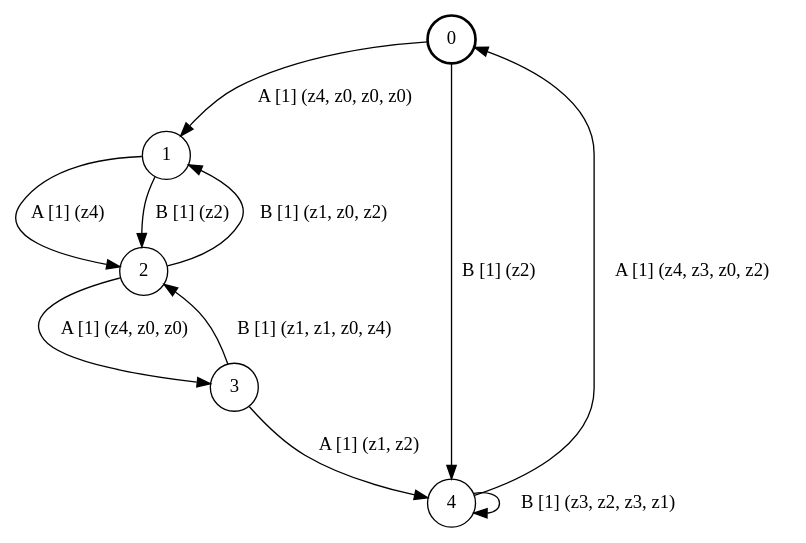
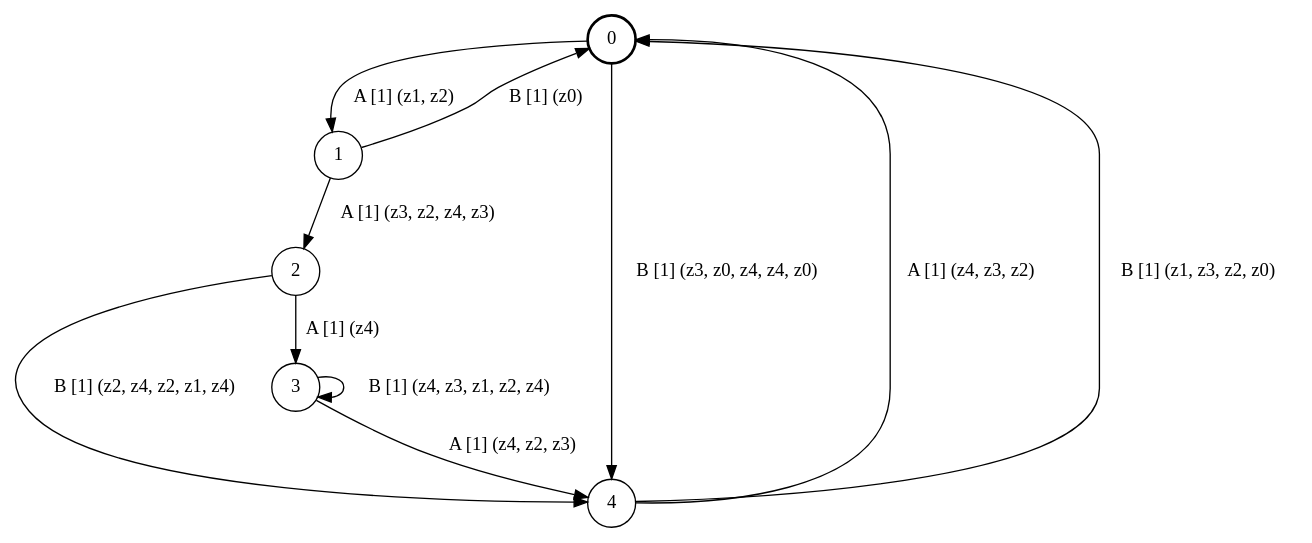
The diagram in qbf/testing/fsm_5s2e5a.dot (ulyantsev/EFSM-tools), drawn with Graphviz before and after one commit. The commit also changed 5228 other files, not shown here.

```diff
--- a/qbf/testing/fsm_5s2e5a.dot
+++ b/qbf/testing/fsm_5s2e5a.dot
@@ -1,16 +1,16 @@
 # generated file, don't try to modify
 # command: dot -Tpng <filename> > tree.png
 digraph Automaton {
     node [shape = circle];
     0 [style = "bold"];
-    0 -> 1 [label = "A [1] (z4, z0, z0, z0) "];
-    0 -> 4 [label = "B [1] (z2) "];
-    1 -> 2 [label = "A [1] (z4) "];
-    1 -> 2 [label = "B [1] (z2) "];
-    2 -> 3 [label = "A [1] (z4, z0, z0) "];
-    2 -> 1 [label = "B [1] (z1, z0, z2) "];
-    3 -> 4 [label = "A [1] (z1, z2) "];
-    3 -> 2 [label = "B [1] (z1, z1, z0, z4) "];
-    4 -> 0 [label = "A [1] (z4, z3, z0, z2) "];
-    4 -> 4 [label = "B [1] (z3, z2, z3, z1) "];
+    0 -> 1 [label = "A [1] (z1, z2) "];
+    0 -> 4 [label = "B [1] (z3, z0, z4, z4, z0) "];
+    1 -> 2 [label = "A [1] (z3, z2, z4, z3) "];
+    1 -> 0 [label = "B [1] (z0) "];
+    2 -> 3 [label = "A [1] (z4) "];
+    2 -> 4 [label = "B [1] (z2, z4, z2, z1, z4) "];
+    3 -> 4 [label = "A [1] (z4, z2, z3) "];
+    3 -> 3 [label = "B [1] (z4, z3, z1, z2, z4) "];
+    4 -> 0 [label = "A [1] (z4, z3, z2) "];
+    4 -> 0 [label = "B [1] (z1, z3, z2, z0) "];
 }
```
